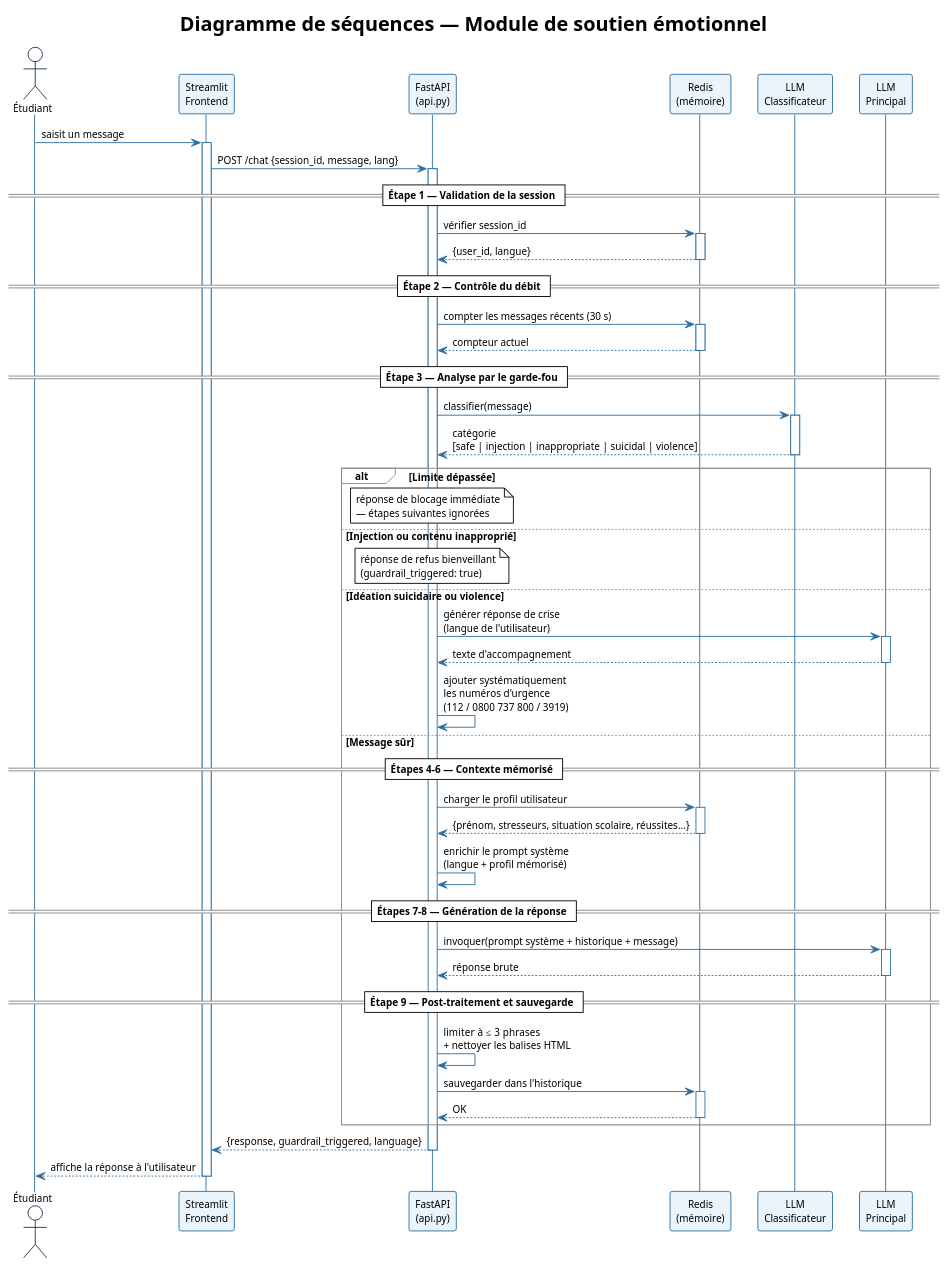
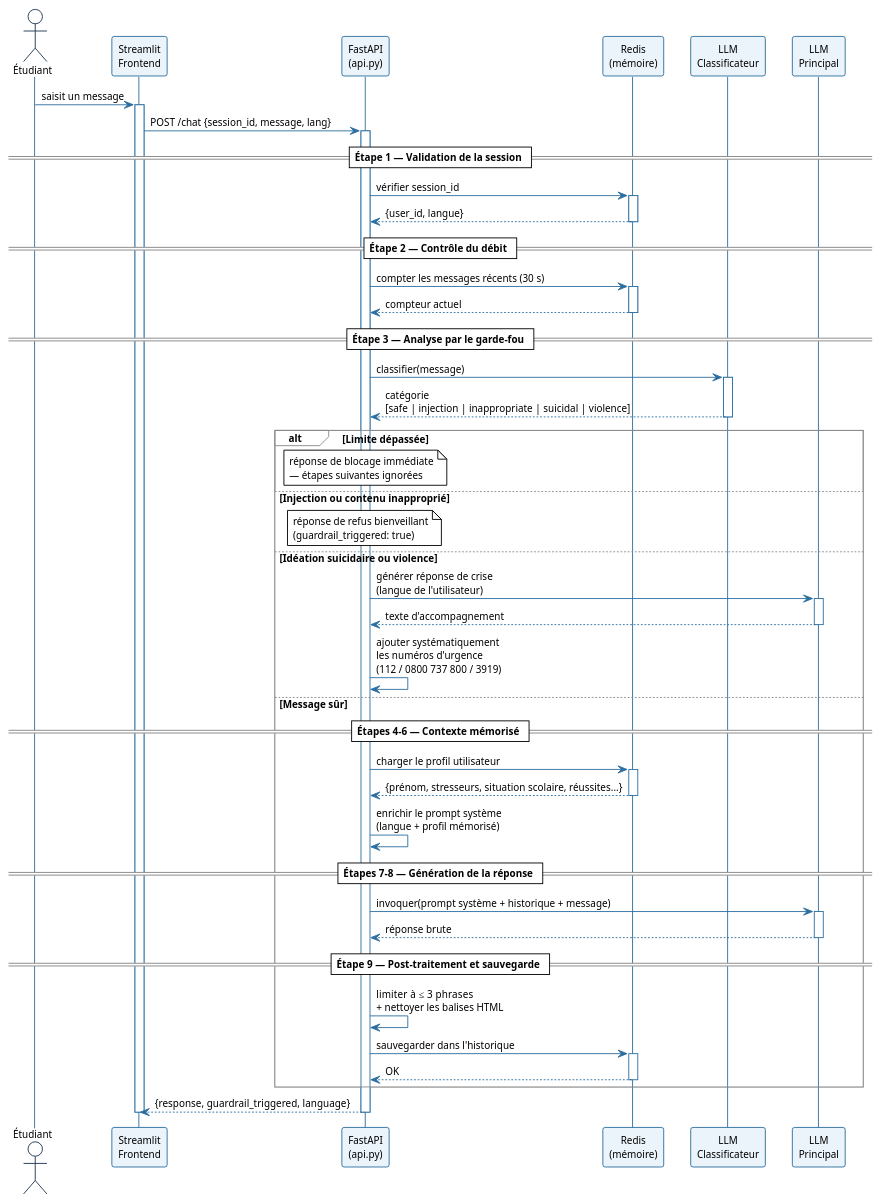
One commit to RedFalcon22/Rapport_ISTIC_2025_2026_v2 changed the diagram in figures/08b_sequence_emotionnel.puml. Above: the diagram before and after it, drawn with PlantUML. The commit also changed 78 other files, not shown here.

Commit message:
feat: add new diagrams (12-21), interface screenshots, and update PlantUML sources

```diff
--- a/figures/08b_sequence_emotionnel.puml
+++ b/figures/08b_sequence_emotionnel.puml
@@ -1,93 +1,90 @@
 @startuml sequence_emotionnel
 !theme plain
 skinparam sequenceArrowColor #2C6EA0
 skinparam sequenceLifeLineBorderColor #2C6EA0
 skinparam sequenceParticipantBorderColor #2C6EA0
 skinparam sequenceParticipantBackgroundColor #EBF4FB
 skinparam sequenceActorBorderColor #1A3550
 skinparam sequenceGroupBorderColor #888888
 skinparam defaultFontName Arial
 skinparam defaultFontSize 11
 
-title Diagramme de séquences — Module de soutien émotionnel
 
 actor       "Étudiant"              as U
 participant "Streamlit\nFrontend"   as FE
 participant "FastAPI\n(api.py)"     as API
 participant "Redis\n(mémoire)"      as Redis
 participant "LLM\nClassificateur"   as CLS
 participant "LLM\nPrincipal"        as LLM
 
 U  -> FE  : saisit un message
 activate FE
 FE -> API : POST /chat {session_id, message, lang}
 activate API
 
 == Étape 1 — Validation de la session ==
 
 API -> Redis : vérifier session_id
 activate Redis
 Redis --> API : {user_id, langue}
 deactivate Redis
 
 == Étape 2 — Contrôle du débit ==
 
 API -> Redis : compter les messages récents (30 s)
 activate Redis
 Redis --> API : compteur actuel
 deactivate Redis
 
 == Étape 3 — Analyse par le garde-fou ==
 
 API -> CLS : classifier(message)
 activate CLS
 CLS --> API : catégorie\n[safe | injection | inappropriate | suicidal | violence]
 deactivate CLS
 
 alt Limite dépassée
   note over API : réponse de blocage immédiate\n— étapes suivantes ignorées
 
 else Injection ou contenu inapproprié
   note over API : réponse de refus bienveillant\n(guardrail_triggered: true)
 
 else Idéation suicidaire ou violence
   API -> LLM : générer réponse de crise\n(langue de l'utilisateur)
   activate LLM
   LLM --> API : texte d'accompagnement
   deactivate LLM
   API -> API : ajouter systématiquement\nles numéros d'urgence\n(112 / 0800 737 800 / 3919)
 
 else Message sûr
 
   == Étapes 4-6 — Contexte mémorisé ==
 
   API -> Redis : charger le profil utilisateur
   activate Redis
   Redis --> API : {prénom, stresseurs, situation scolaire, réussites...}
   deactivate Redis
   API -> API : enrichir le prompt système\n(langue + profil mémorisé)
 
   == Étapes 7-8 — Génération de la réponse ==
 
   API -> LLM : invoquer(prompt système + historique + message)
   activate LLM
   LLM --> API : réponse brute
   deactivate LLM
 
   == Étape 9 — Post-traitement et sauvegarde ==
 
   API -> API : limiter à ≤ 3 phrases\n+ nettoyer les balises HTML
   API -> Redis : sauvegarder dans l'historique
   activate Redis
   Redis --> API : OK
   deactivate Redis
 
 end
 
 API --> FE : {response, guardrail_triggered, language}
 deactivate API
-
-FE --> U : affiche la réponse à l'utilisateur
 deactivate FE
 
 @enduml
```
